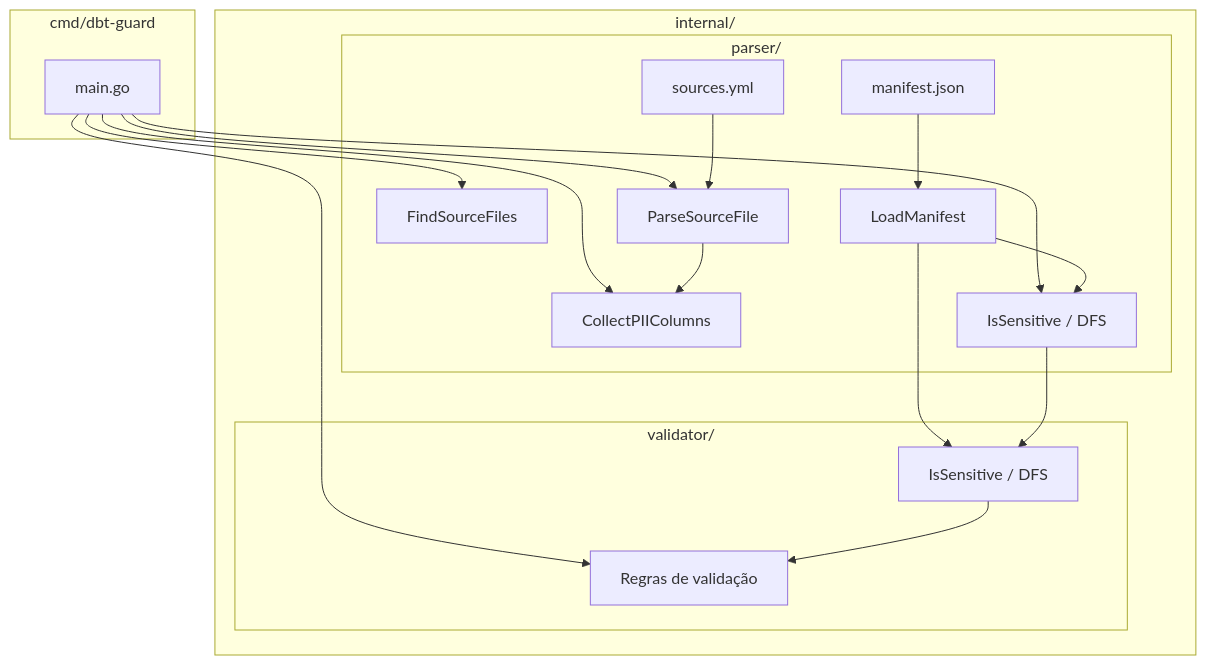
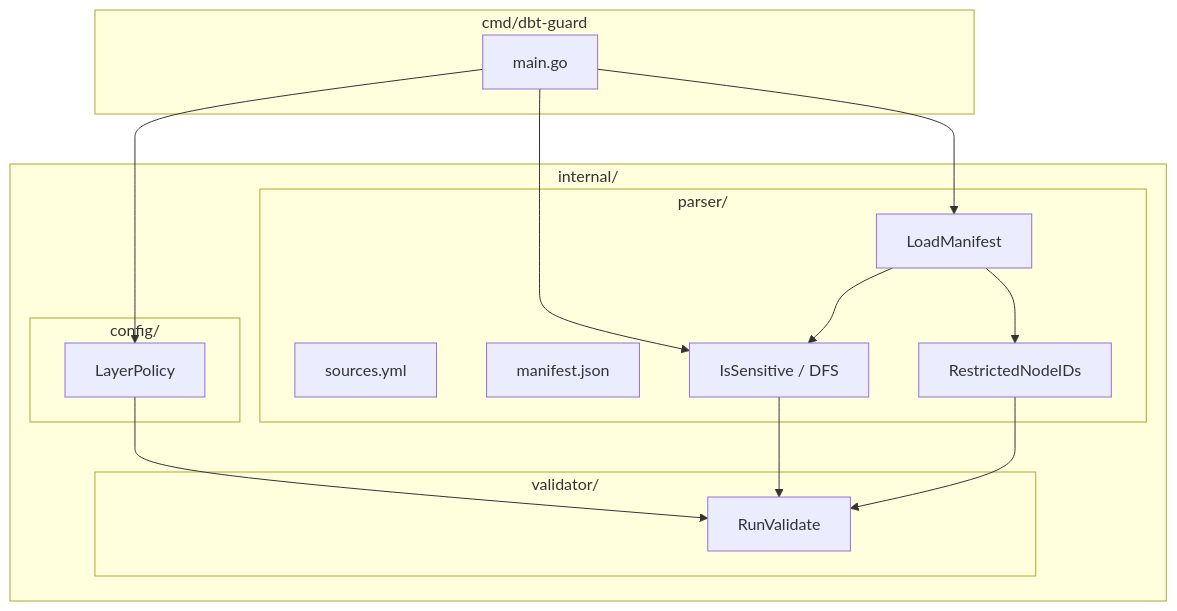
Before and after one commit to renatoprovi/dbt-guard: the second of 5 diagrams in docs/README.md, drawn with Mermaid. The commit also changed other lines of this file and 20 other files, not shown here.

````diff
--- a/docs/README.md
+++ b/docs/README.md
@@ -34,35 +41,31 @@
 ```mermaid
 flowchart TB
     subgraph CLI["cmd/dbt-guard"]
         M[main.go]
     end
 
     subgraph Internal["internal/"]
+        subgraph Config["config/"]
+            LP[LayerPolicy]
+        end
         subgraph Parser["parser/"]
             P1[sources.yml]
             P2[manifest.json]
-            P3[FindSourceFiles]
-            P4[ParseSourceFile]
             P5[LoadManifest]
-            P6[CollectPIIColumns]
             P7[IsSensitive / DFS]
+            P8[RestrictedNodeIDs]
         end
         subgraph Validator["validator/"]
-            V1[Regras de validação]
-            V2[IsSensitive / DFS]
+            V1[RunValidate]
         end
     end
 
-    M --> P3
-    M --> P4
-    M --> P6
+    M --> P5
     M --> P7
-    M --> V1
-    P1 --> P4
-    P2 --> P5
+    M --> LP
+    LP --> V1
     P5 --> P7
-    P5 --> V2
-    P7 --> V2
-    P4 --> P6
-    V2 --> V1
+    P5 --> P8
+    P7 --> V1
+    P8 --> V1
 ```
````
